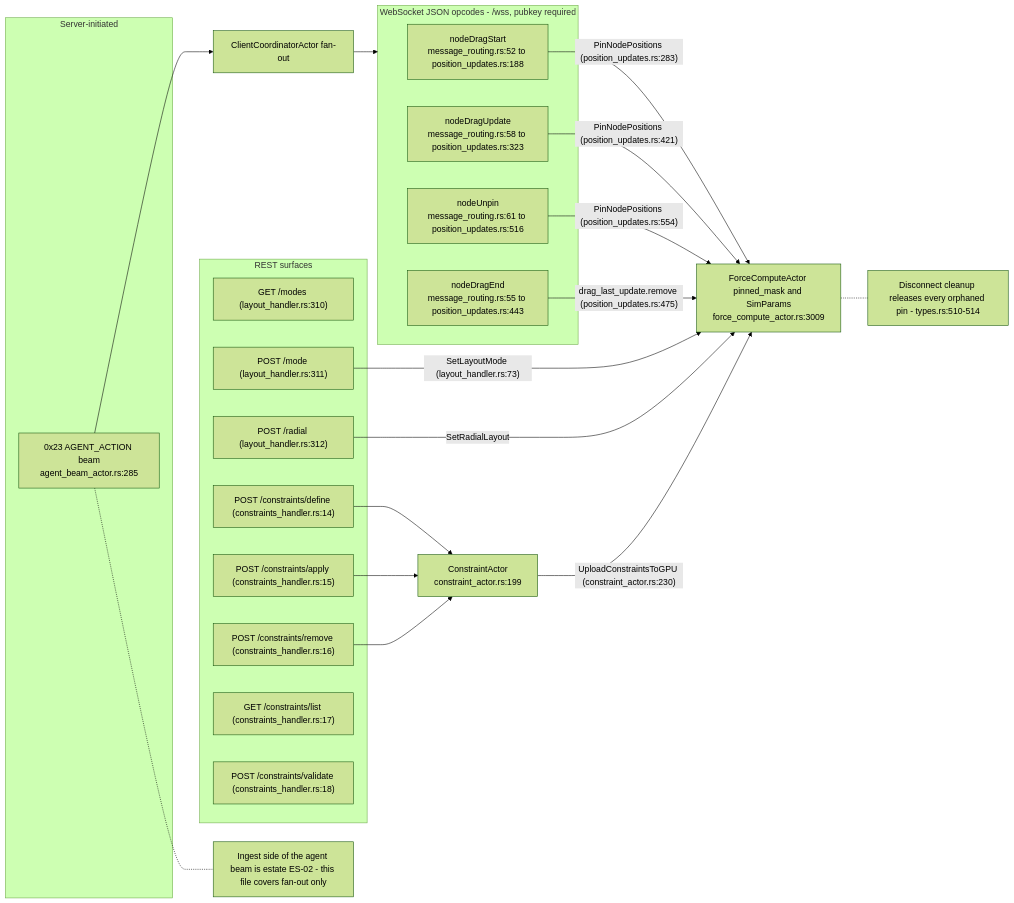
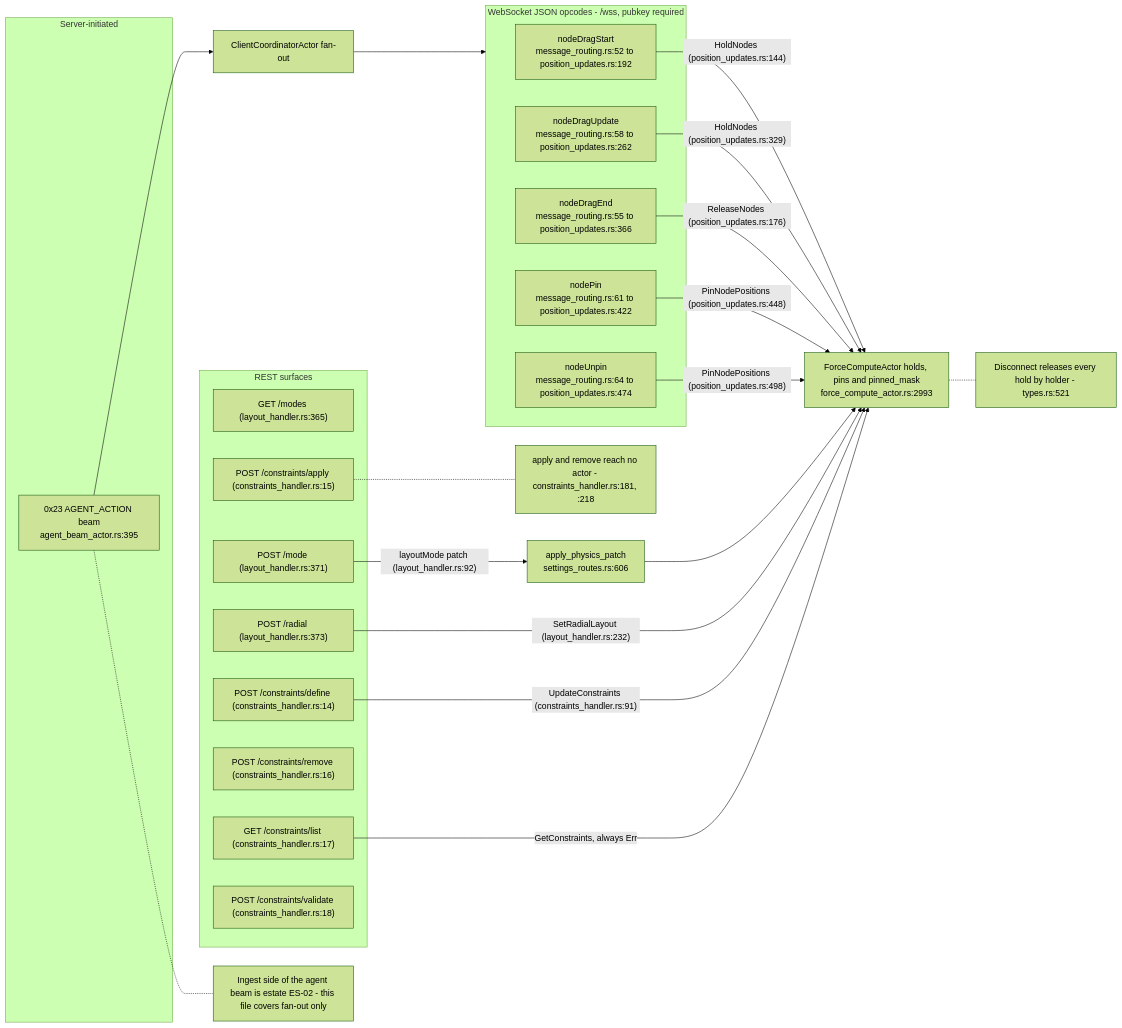
Before and after one commit to DreamLab-AI/VisionFlow: the seventh of 8 diagrams in docs/diagrams/visionclaw/16-interaction-drag-pin-layout.md, drawn with Mermaid (forest theme). The commit also changed other lines of this file and 173 other files, not shown here.

````diff
--- a/docs/diagrams/visionclaw/16-interaction-drag-pin-layout.md
+++ b/docs/diagrams/visionclaw/16-interaction-drag-pin-layout.md
@@ -228,43 +251,46 @@
 ```mermaid
 flowchart LR
     subgraph WSOPS["WebSocket JSON opcodes - /wss, pubkey required"]
-        D1["nodeDragStart<br/>message_routing.rs:52 to position_updates.rs:188"]
-        D2["nodeDragEnd<br/>message_routing.rs:55 to position_updates.rs:443"]
-        D3["nodeDragUpdate<br/>message_routing.rs:58 to position_updates.rs:323"]
-        D4["nodeUnpin<br/>message_routing.rs:61 to position_updates.rs:516"]
+        D1["nodeDragStart<br/>message_routing.rs:52 to position_updates.rs:192"]
+        D2["nodeDragEnd<br/>message_routing.rs:55 to position_updates.rs:366"]
+        D3["nodeDragUpdate<br/>message_routing.rs:58 to position_updates.rs:262"]
+        D5["nodePin<br/>message_routing.rs:61 to position_updates.rs:422"]
+        D4["nodeUnpin<br/>message_routing.rs:64 to position_updates.rs:474"]
     end
     subgraph REST["REST surfaces"]
-        L1["GET /modes (layout_handler.rs:310)"]
-        L2["POST /mode (layout_handler.rs:311)"]
-        L3["POST /radial (layout_handler.rs:312)"]
+        L1["GET /modes (layout_handler.rs:365)"]
+        L2["POST /mode (layout_handler.rs:371)"]
+        L3["POST /radial (layout_handler.rs:373)"]
         K1["POST /constraints/define (constraints_handler.rs:14)"]
         K2["POST /constraints/apply (constraints_handler.rs:15)"]
         K3["POST /constraints/remove (constraints_handler.rs:16)"]
         K4["GET /constraints/list (constraints_handler.rs:17)"]
         K5["POST /constraints/validate (constraints_handler.rs:18)"]
     end
     subgraph SRVPUSH["Server-initiated"]
-        B1["0x23 AGENT_ACTION beam<br/>agent_beam_actor.rs:285"]
+        B1["0x23 AGENT_ACTION beam<br/>agent_beam_actor.rs:395"]
     end
-    GPU["ForceComputeActor pinned_mask and SimParams<br/>force_compute_actor.rs:3009"]
-    CA["ConstraintActor<br/>constraint_actor.rs:199"]
+    GPU["ForceComputeActor holds, pins and pinned_mask<br/>force_compute_actor.rs:2993"]
+    STORE["apply_physics_patch<br/>settings_routes.rs:606"]
     CC["ClientCoordinatorActor fan-out"]
 
-    D1 -->|"PinNodePositions (position_updates.rs:283)"| GPU
-    D3 -->|"PinNodePositions (position_updates.rs:421)"| GPU
-    D4 -->|"PinNodePositions (position_updates.rs:554)"| GPU
-    D2 -->|"drag_last_update.remove (position_updates.rs:475)"| GPU
-    L2 -->|"SetLayoutMode (layout_handler.rs:73)"| GPU
-    L3 -->|"SetRadialLayout"| GPU
-    K1 --> CA
-    K2 --> CA
-    K3 --> CA
-    CA -->|"UploadConstraintsToGPU (constraint_actor.rs:230)"| GPU
+    D1 -->|"HoldNodes (position_updates.rs:144)"| GPU
+    D3 -->|"HoldNodes (position_updates.rs:329)"| GPU
+    D2 -->|"ReleaseNodes (position_updates.rs:176)"| GPU
+    D5 -->|"PinNodePositions (position_updates.rs:448)"| GPU
+    D4 -->|"PinNodePositions (position_updates.rs:498)"| GPU
+    L2 -->|"layoutMode patch (layout_handler.rs:92)"| STORE
+    STORE --> GPU
+    L3 -->|"SetRadialLayout (layout_handler.rs:232)"| GPU
+    K1 -->|"UpdateConstraints (constraints_handler.rs:91)"| GPU
+    K4 -->|"GetConstraints, always Err"| GPU
     B1 --> CC
     CC --> WSOPS
 
-    N1["Disconnect cleanup releases every orphaned pin - types.rs:510-514"]
-    N2["Ingest side of the agent beam is estate ES-02 - this file covers fan-out only"]
+    N1["Disconnect releases every hold by holder - types.rs:521"]
+    N2["apply and remove reach no actor - constraints_handler.rs:181, :218"]
+    N3["Ingest side of the agent beam is estate ES-02 - this file covers fan-out only"]
     GPU -.- N1
-    B1 -.- N2
+    K2 -.- N2
+    B1 -.- N3
 ```
````
